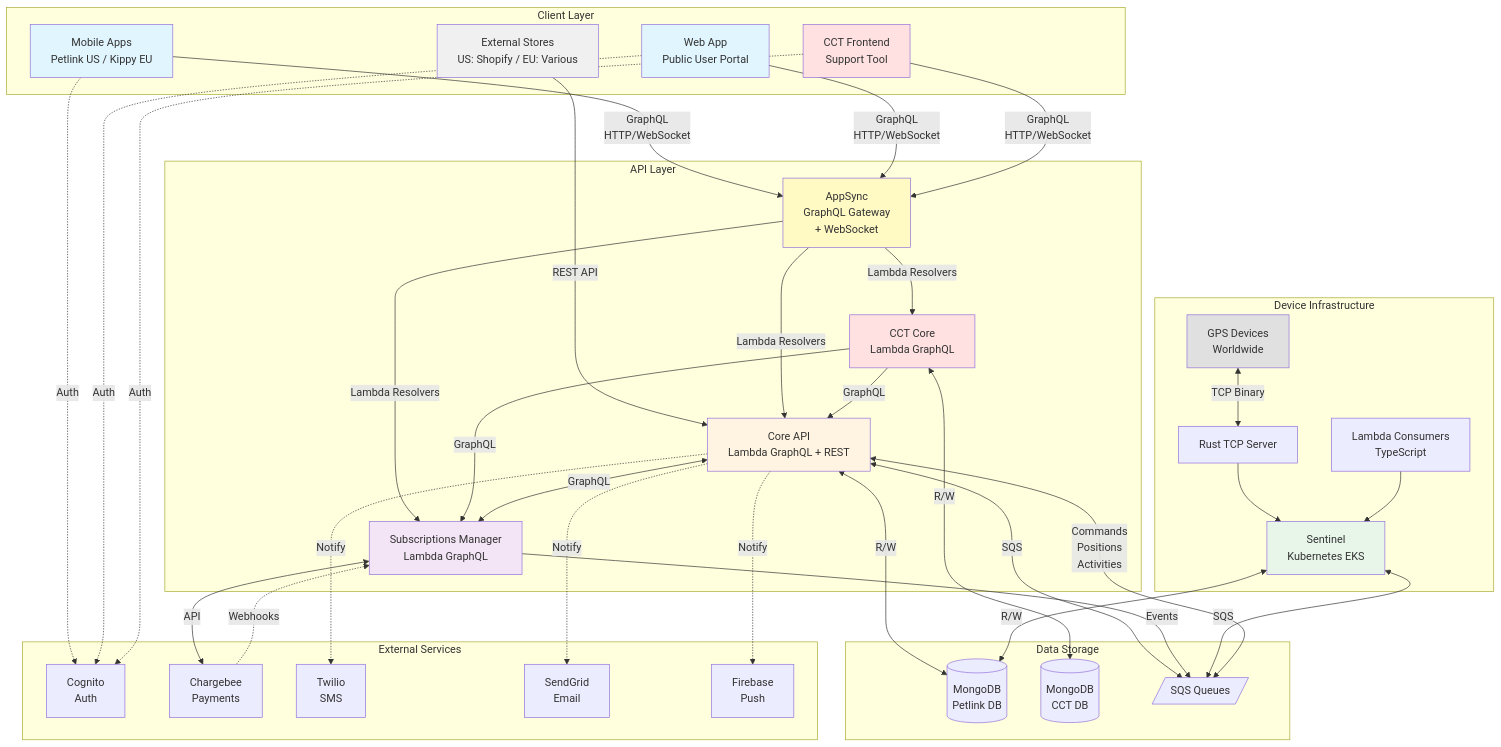
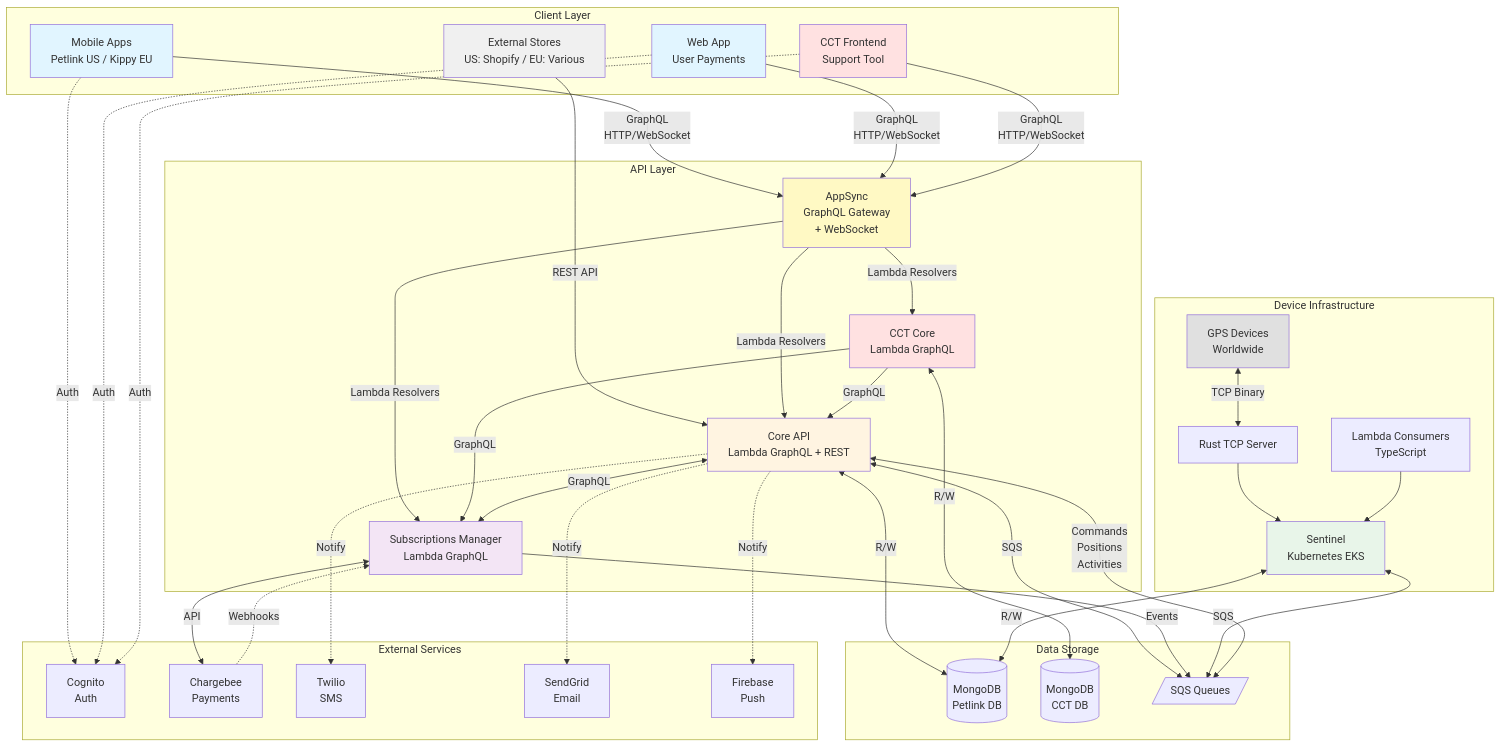
The first of 6 diagrams in docs/petlink-infrastructure.md (DatamarsSA/petlink-everywhere-test), drawn with Mermaid before and after one commit. The commit also changed other lines of this file and 1 other file, not shown here.

```diff
--- a/docs/petlink-infrastructure.md
+++ b/docs/petlink-infrastructure.md
@@ -28,7 +28,7 @@
     subgraph "Client Layer"
         Stores[External Stores<br/>US: Shopify / EU: Various]
         Mobile[Mobile Apps<br/>Petlink US / Kippy EU]
-        Web[Web App<br/>Public User Portal]
+        Web[Web App<br/>User Payments]
         CCTFront[CCT Frontend<br/>Support Tool]
     end
 
```
